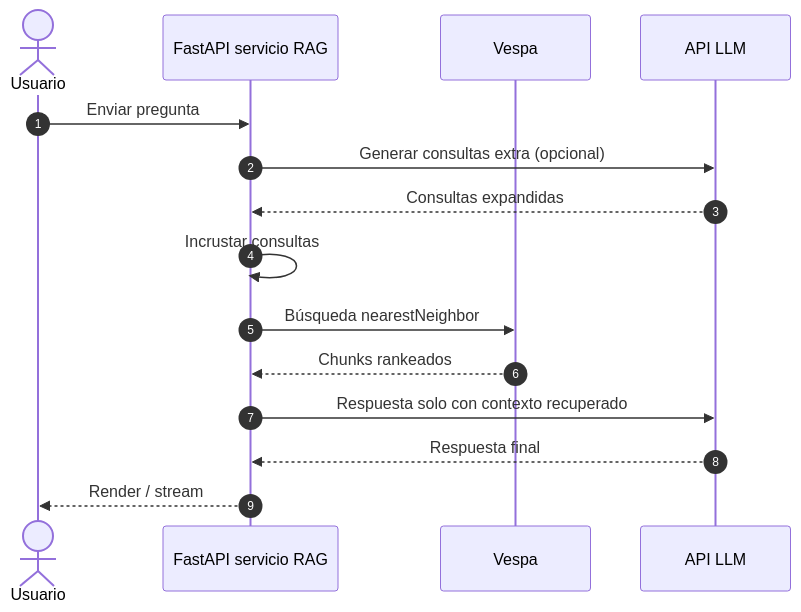
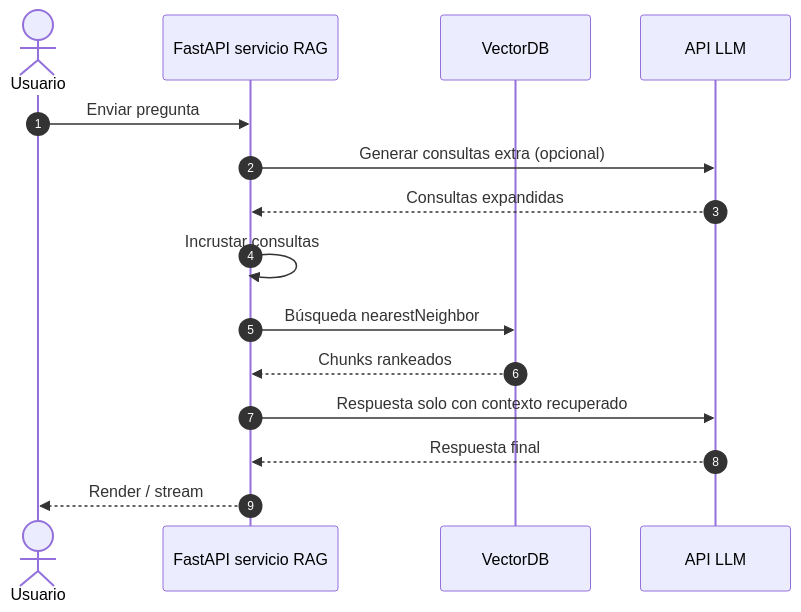
The first of 3 diagrams in docs/as-built/sequence-requests.md (13g4d0/docu-es), drawn with Mermaid before and after one commit. The commit also changed other lines of this file and 15 other files, not shown here.

````diff
--- a/docs/as-built/sequence-requests.md
+++ b/docs/as-built/sequence-requests.md
@@ -7,18 +7,18 @@
 ```mermaid
 sequenceDiagram
   autonumber
   actor U as Usuario
   participant UI as FastAPI servicio RAG
-  participant V as Vespa
+  participant V as VectorDB
   participant L as API LLM
 
   U->>UI: Enviar pregunta
   UI->>L: Generar consultas extra (opcional)
   L-->>UI: Consultas expandidas
   UI->>UI: Incrustar consultas
   UI->>V: Búsqueda nearestNeighbor
   V-->>UI: Chunks rankeados
   UI->>L: Respuesta solo con contexto recuperado
   L-->>UI: Respuesta final
   UI-->>U: Render / stream
 ```
````
